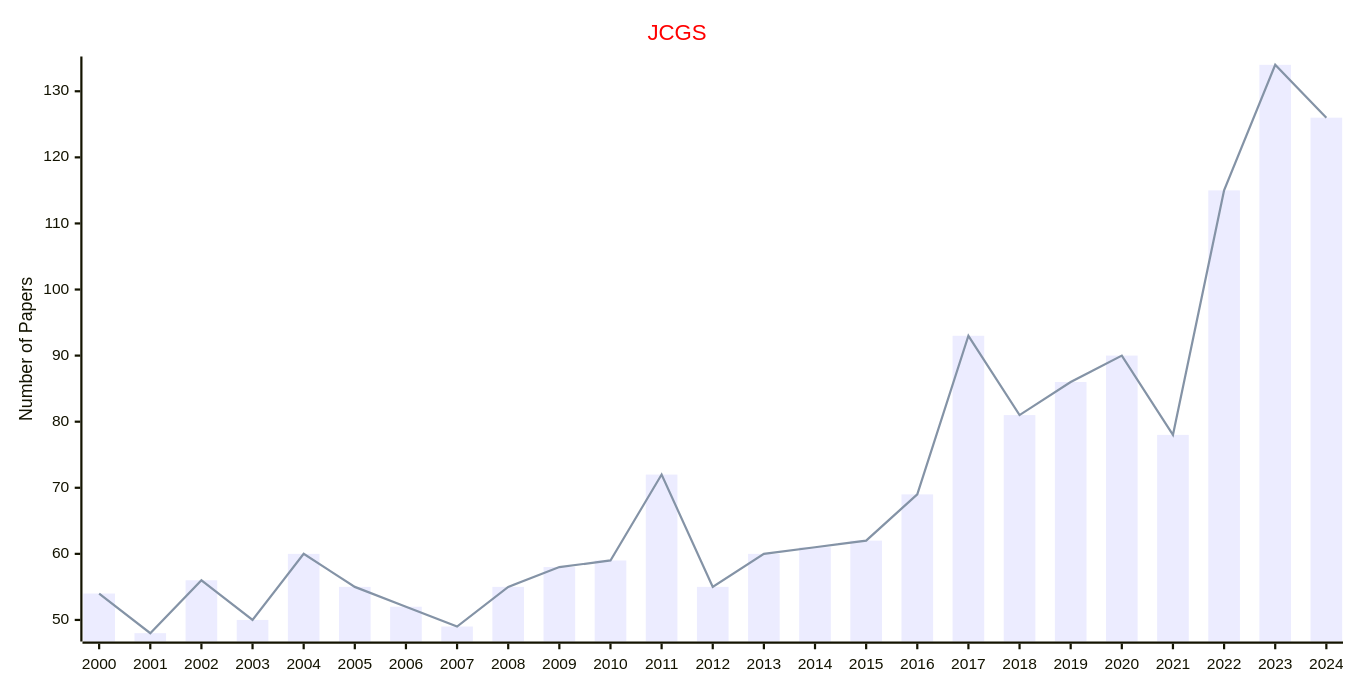
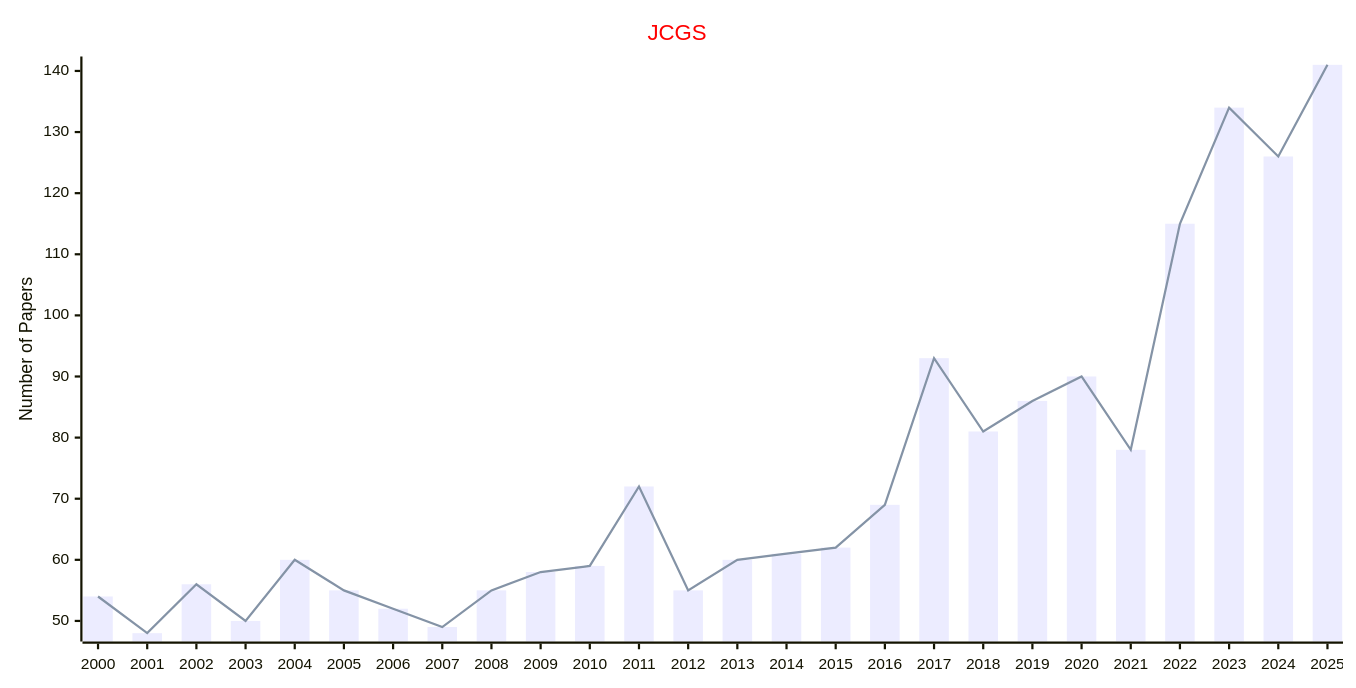
One commit to Easy-PhD/AILinks changed the third of 3 diagrams in docs/data/Journals/Statistics_Journals/Computational_Statistics.md. Above: the diagram before and after it, drawn with Mermaid. The commit also changed 93 other files, not shown here.

````diff
--- a/docs/data/Journals/Statistics_Journals/Computational_Statistics.md
+++ b/docs/data/Journals/Statistics_Journals/Computational_Statistics.md
@@ -57,17 +57,17 @@
 ```mermaid
 ---
 config:
     xyChart:
         width: 1200
         height: 600
     themeVariables:
         xyChart:
             titleColor: "#ff0000"
 ---
 xychart-beta
     title "JCGS"
-    x-axis [2000, 2001, 2002, 2003, 2004, 2005, 2006, 2007, 2008, 2009, 2010, 2011, 2012, 2013, 2014, 2015, 2016, 2017, 2018, 2019, 2020, 2021, 2022, 2023, 2024]
+    x-axis [2000, 2001, 2002, 2003, 2004, 2005, 2006, 2007, 2008, 2009, 2010, 2011, 2012, 2013, 2014, 2015, 2016, 2017, 2018, 2019, 2020, 2021, 2022, 2023, 2024, 2025]
     y-axis "Number of Papers"
-    bar [54, 48, 56, 50, 60, 55, 52, 49, 55, 58, 59, 72, 55, 60, 61, 62, 69, 93, 81, 86, 90, 78, 115, 134, 126]
-    line [54, 48, 56, 50, 60, 55, 52, 49, 55, 58, 59, 72, 55, 60, 61, 62, 69, 93, 81, 86, 90, 78, 115, 134, 126]
+    bar [54, 48, 56, 50, 60, 55, 52, 49, 55, 58, 59, 72, 55, 60, 61, 62, 69, 93, 81, 86, 90, 78, 115, 134, 126, 141]
+    line [54, 48, 56, 50, 60, 55, 52, 49, 55, 58, 59, 72, 55, 60, 61, 62, 69, 93, 81, 86, 90, 78, 115, 134, 126, 141]
 ```
````
